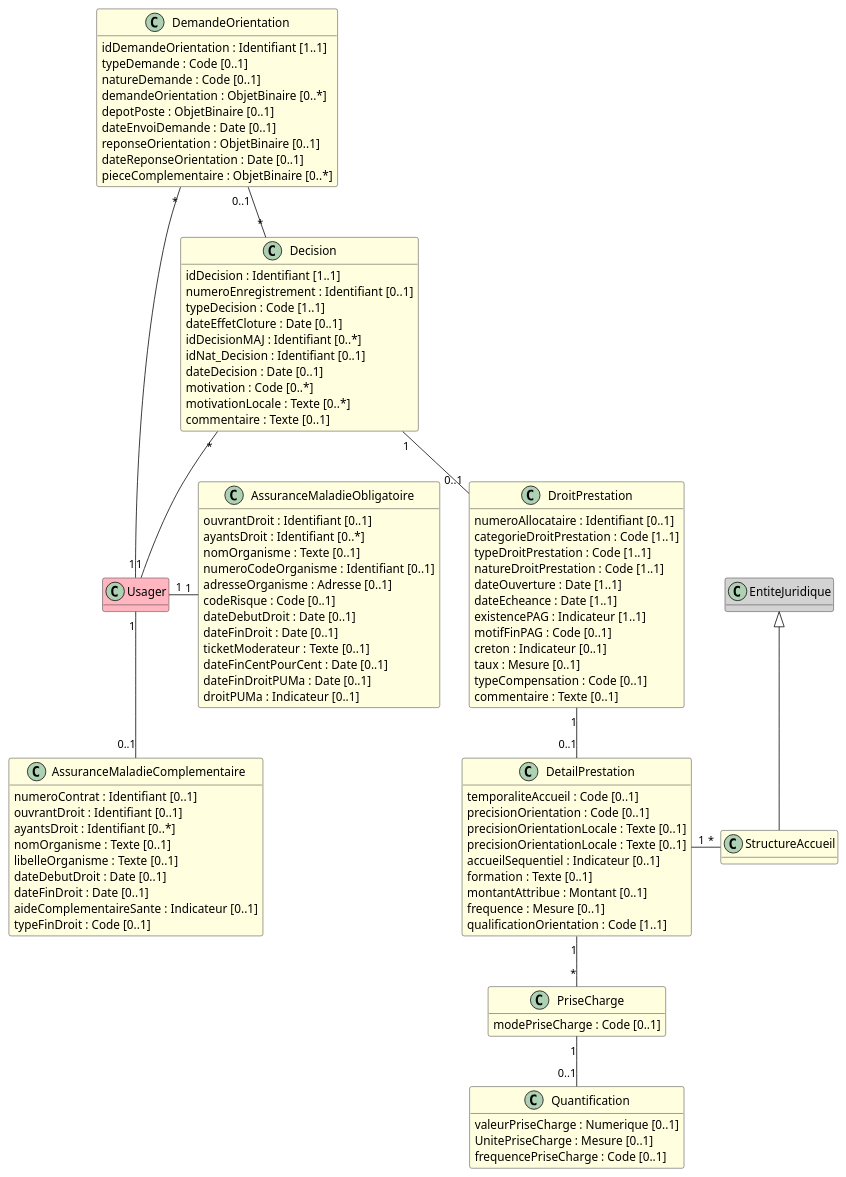
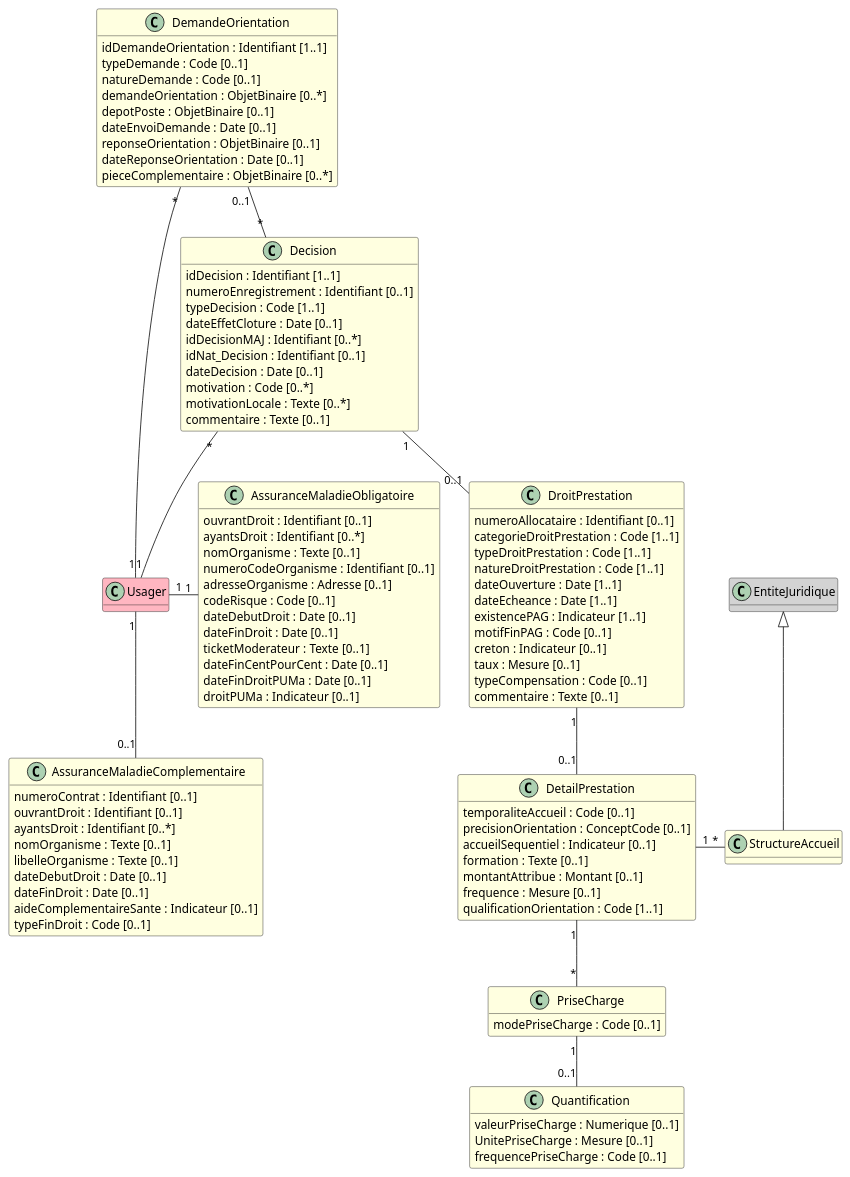
Before and after one commit to ansforge/IG-fhir-medicosocial-transfert-donnees-dui: the diagram in input/images-source/bloc_droits_sociaux_sante.plantuml, drawn with PlantUML. The commit also changed 1 other file, not shown here.

```diff
--- a/input/images-source/bloc_droits_sociaux_sante.plantuml
+++ b/input/images-source/bloc_droits_sociaux_sante.plantuml
@@ -1,115 +1,113 @@
 @startuml
 
 hide empty methods
 
 class Usager #LightPink
 
 class EntiteJuridique #LightGray
 class StructureAccueil #LightYellow
 
 class AssuranceMaladieComplementaire #LightYellow {
     numeroContrat : Identifiant [0..1]
     ouvrantDroit : Identifiant [0..1]
     ayantsDroit : Identifiant [0..*]
     nomOrganisme : Texte [0..1]
     libelleOrganisme : Texte [0..1]
     dateDebutDroit : Date [0..1]
     dateFinDroit : Date [0..1]
     aideComplementaireSante : Indicateur [0..1]
     typeFinDroit : Code [0..1]
 
 }
 
 class AssuranceMaladieObligatoire #LightYellow {
     ouvrantDroit : Identifiant [0..1]
     ayantsDroit : Identifiant [0..*]
     nomOrganisme : Texte [0..1]
     numeroCodeOrganisme : Identifiant [0..1]
     adresseOrganisme : Adresse [0..1]
     codeRisque : Code [0..1]
     dateDebutDroit : Date [0..1]
     dateFinDroit : Date [0..1]
     ticketModerateur : Texte [0..1]
     dateFinCentPourCent : Date [0..1]
     dateFinDroitPUMa : Date [0..1]
     droitPUMa : Indicateur [0..1]
 }
 
 class DemandeOrientation #LightYellow {
     idDemandeOrientation : Identifiant [1..1]
     typeDemande : Code [0..1] 
     natureDemande : Code [0..1] 
     demandeOrientation : ObjetBinaire [0..*]
     depotPoste : ObjetBinaire [0..1]
     dateEnvoiDemande : Date [0..1]
     reponseOrientation : ObjetBinaire [0..1]
     dateReponseOrientation : Date [0..1]
     pieceComplementaire : ObjetBinaire [0..*]
 }
 
 class Decision #LightYellow {
     idDecision : Identifiant [1..1]
     numeroEnregistrement : Identifiant [0..1]
     typeDecision : Code [1..1]
     dateEffetCloture : Date [0..1]
     idDecisionMAJ : Identifiant [0..*]
     idNat_Decision : Identifiant [0..1]
     dateDecision : Date [0..1]
     motivation : Code [0..*]
     motivationLocale : Texte [0..*]
     commentaire : Texte [0..1]
 }
 
 class DroitPrestation #LightYellow {
     numeroAllocataire : Identifiant [0..1]
     categorieDroitPrestation : Code [1..1]
     typeDroitPrestation : Code [1..1]
     natureDroitPrestation : Code [1..1]
     dateOuverture : Date [1..1]
     dateEcheance : Date [1..1]
     existencePAG : Indicateur [1..1]
     motifFinPAG : Code [0..1]
     creton : Indicateur [0..1]
     taux : Mesure [0..1] 
     typeCompensation : Code [0..1]
     commentaire : Texte [0..1]
 }
 
 class DetailPrestation #LightYellow {
     temporaliteAccueil : Code [0..1]
-    precisionOrientation : Code [0..1]
-    precisionOrientationLocale : Texte [0..1]
-    precisionOrientationLocale : Texte [0..1]
+    precisionOrientation : ConceptCode [0..1]
     accueilSequentiel : Indicateur [0..1]
     formation : Texte [0..1]
     montantAttribue : Montant [0..1]
     frequence : Mesure [0..1]
     qualificationOrientation : Code [1..1]
 }
 
 class PriseCharge #LightYellow {
     modePriseCharge : Code [0..1]
 }
 
 class Quantification #LightYellow {
     valeurPriseCharge : Numerique [0..1]
     UnitePriseCharge : Mesure [0..1]
     frequencePriseCharge : Code [0..1]
 }
 
 Decision "*" -- "1" Usager
 DemandeOrientation "*" - "1" Usager
 
 DemandeOrientation "0..1" -- "*" Decision
 
 Decision "1" -- "0..1" DroitPrestation
 
 DroitPrestation "1" -- "0..1" DetailPrestation
 EntiteJuridique <|-- StructureAccueil
 DetailPrestation "1" - "*" StructureAccueil
 DetailPrestation "1" -- "*" PriseCharge
 PriseCharge "1" -- "0..1" Quantification
 
 Usager "1" -- "0..1"  AssuranceMaladieComplementaire
 Usager "1" - "1" AssuranceMaladieObligatoire
 @enduml
```
